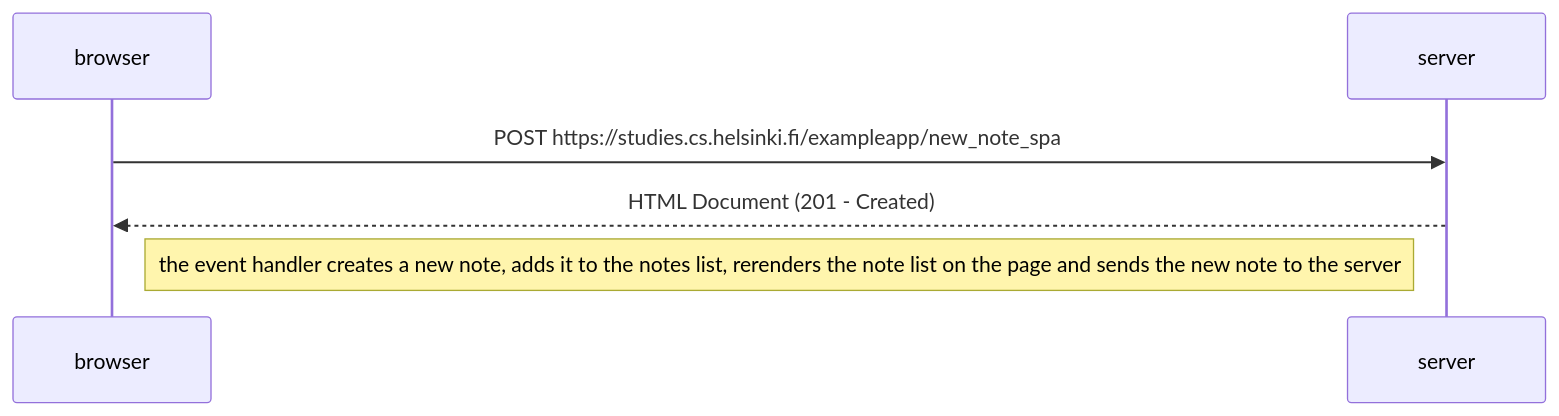
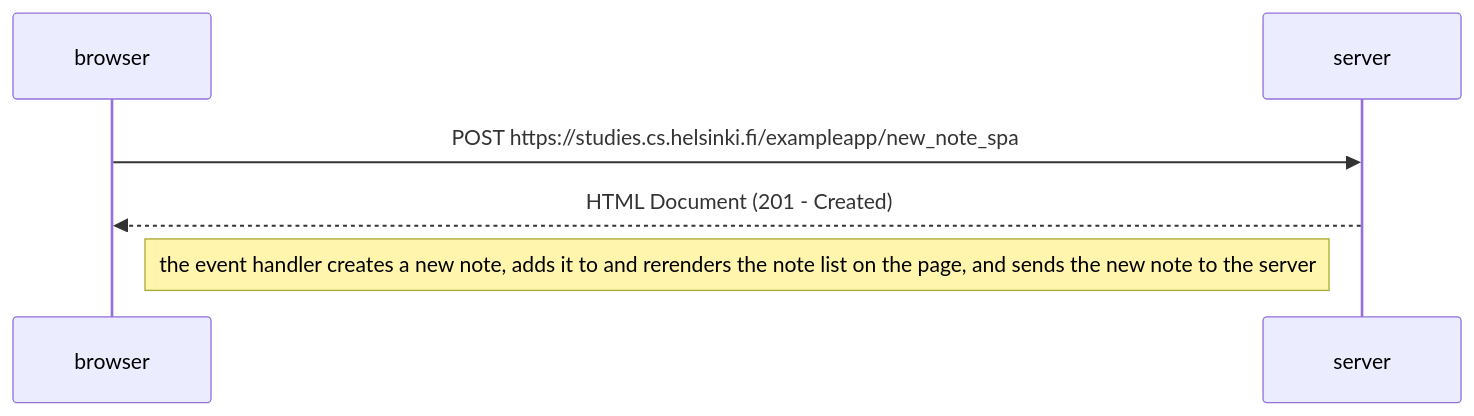
Before and after one commit to rjeantet/fullstackopen_exercises: the diagram in part0/06_new-note-spa-diagram.md, drawn with Mermaid.

````diff
--- a/part0/06_new-note-spa-diagram.md
+++ b/part0/06_new-note-spa-diagram.md
@@ -1,6 +1,6 @@
 ```mermaid
    sequenceDiagram
        browser->>server: POST https://studies.cs.helsinki.fi/exampleapp/new_note_spa
     server-->>browser: HTML Document (201 - Created)
-    Note right of browser: the event handler creates a new note, adds it to the notes list, rerenders the note list on the page and sends the new note to the server
+    Note right of browser: the event handler creates a new note, adds it to and rerenders the note list on the page, and sends the new note to the server
 ```
````
